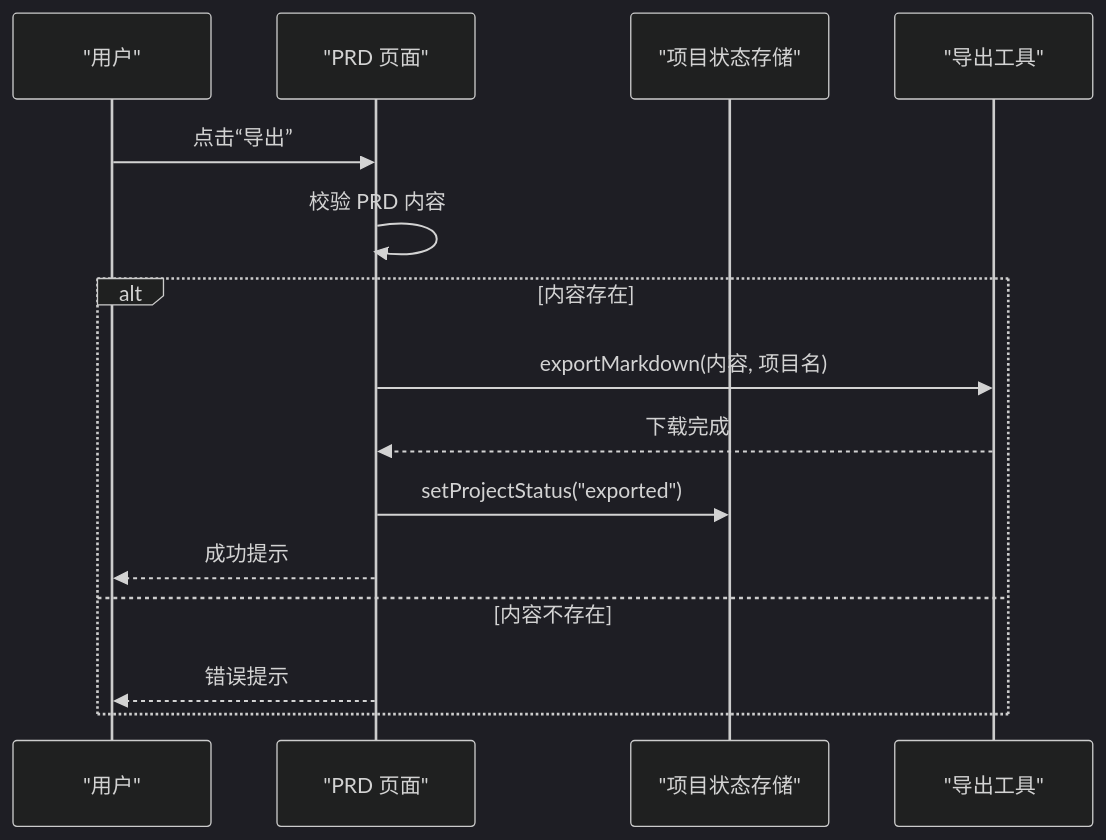
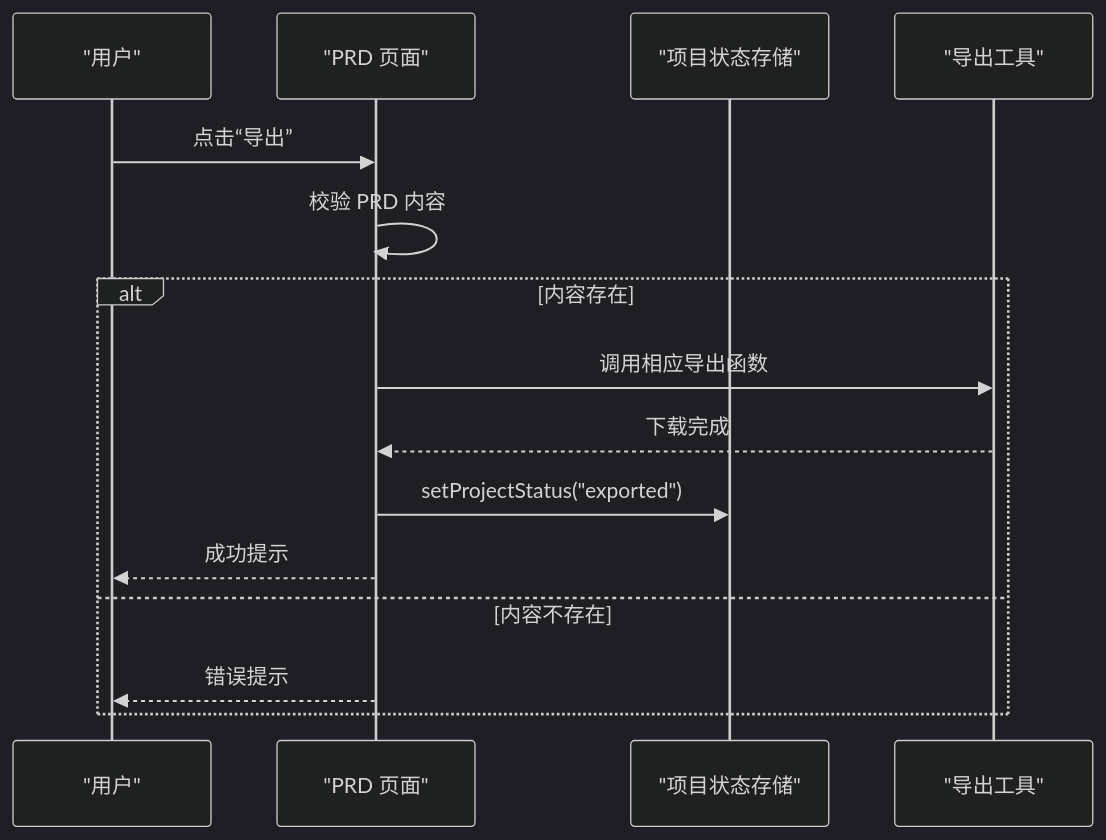
Before and after one commit to leonaiuv/PRDbot: the fourth of 5 diagrams in .qoder/repowiki/zh/content/导出功能.md, drawn with Mermaid (dark theme). The commit also changed other lines of this file and 7 other files, not shown here.

````diff
--- a/.qoder/repowiki/zh/content/导出功能.md
+++ b/.qoder/repowiki/zh/content/导出功能.md
@@ -152,17 +171,17 @@
 ```mermaid
 sequenceDiagram
 participant U as "用户"
 participant UI as "PRD 页面"
 participant Store as "项目状态存储"
 participant Util as "导出工具"
 U->>UI : 点击“导出”
 UI->>UI : 校验 PRD 内容
 alt 内容存在
-UI->>Util : exportMarkdown(内容, 项目名)
+UI->>Util : 调用相应导出函数
 Util-->>UI : 下载完成
 UI->>Store : setProjectStatus("exported")
 UI-->>U : 成功提示
 else 内容不存在
 UI-->>U : 错误提示
 end
 ```
````
